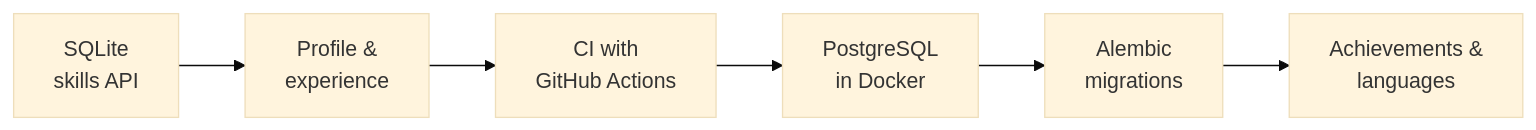
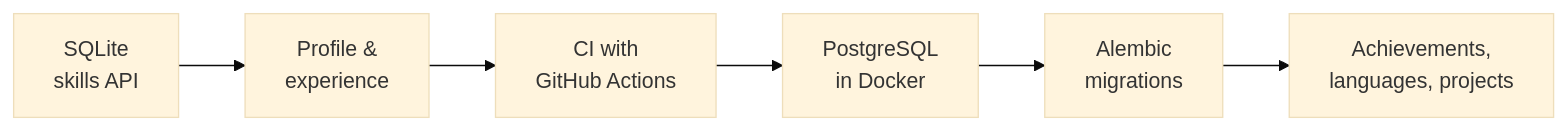
Before and after one commit to GioStack/career-copilot: the second of 2 diagrams in README.md, drawn with Mermaid (base theme). The commit also changed other lines of this file, not shown here.

Commit message:
docs: add projects to README status

````diff
--- a/README.md
+++ b/README.md
@@ -57,4 +57,4 @@
 ```mermaid
 flowchart LR
-    A["SQLite<br/>skills API"] --> B["Profile &<br/>experience"] --> C["CI with<br/>GitHub Actions"] --> D["PostgreSQL<br/>in Docker"] --> E["Alembic<br/>migrations"] --> F["Achievements &<br/>languages"]
+    A["SQLite<br/>skills API"] --> B["Profile &<br/>experience"] --> C["CI with<br/>GitHub Actions"] --> D["PostgreSQL<br/>in Docker"] --> E["Alembic<br/>migrations"] --> F["Achievements,<br/>languages, projects"]
 ```
````
